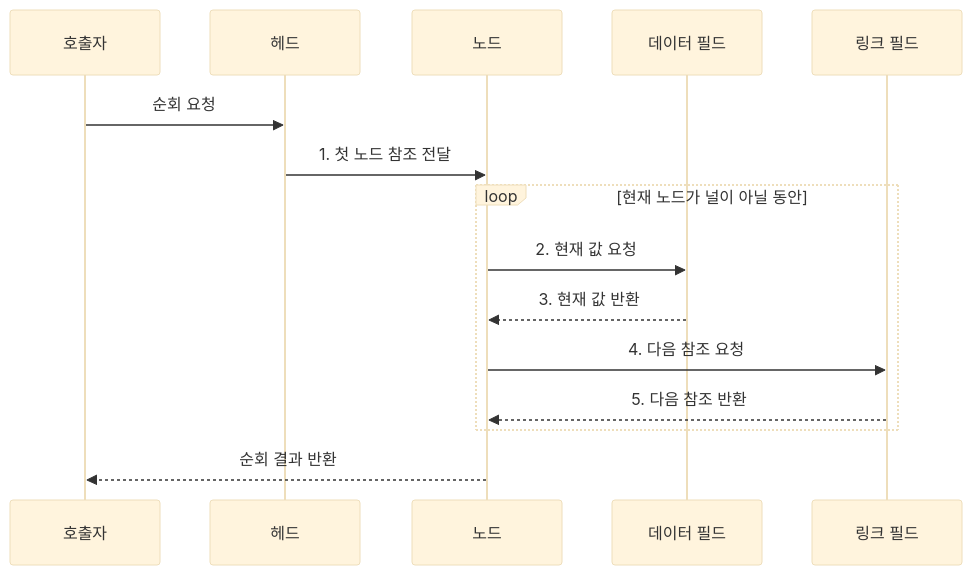
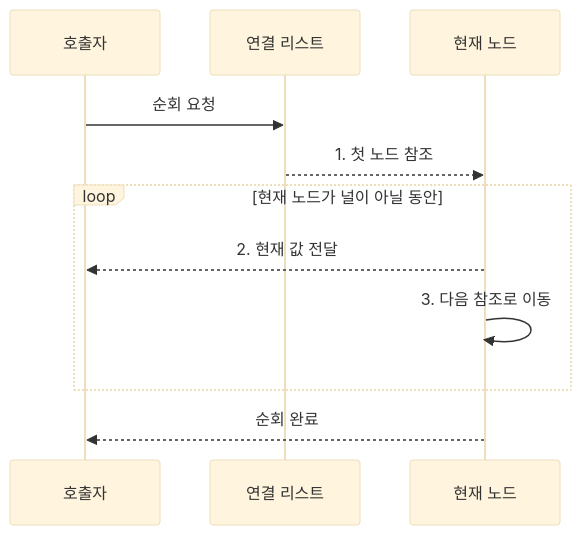
The second of 2 diagrams in src/content/docs/notes/01-basic-theory/006_linked_list.md (agnusdei1207/knowledge-base), drawn with Mermaid (base theme) before and after one commit. The commit also changed other lines of this file and 4 other files, not shown here.

Commit message:
Simplify core algorithm flow actors

````diff
--- a/src/content/docs/notes/01-basic-theory/006_linked_list.md
+++ b/src/content/docs/notes/01-basic-theory/006_linked_list.md
@@ -103,17 +103,13 @@
 ```mermaid
 sequenceDiagram
     participant Q as 호출자
-    participant H as 헤드
-    participant N as 노드
-    participant D as 데이터 필드
-    participant L as 링크 필드
-    Q->>H: 순회 요청
-    H->>N: 1. 첫 노드 참조 전달
+    participant L as 연결 리스트
+    participant N as 현재 노드
+    Q->>L: 순회 요청
+    L-->>N: 1. 첫 노드 참조
     loop 현재 노드가 널이 아닐 동안
-        N->>D: 2. 현재 값 요청
-        D-->>N: 3. 현재 값 반환
-        N->>L: 4. 다음 참조 요청
-        L-->>N: 5. 다음 참조 반환
+        N-->>Q: 2. 현재 값 전달
+        N->>N: 3. 다음 참조로 이동
     end
-    N-->>Q: 순회 결과 반환
+    N-->>Q: 순회 완료
 ```
````
